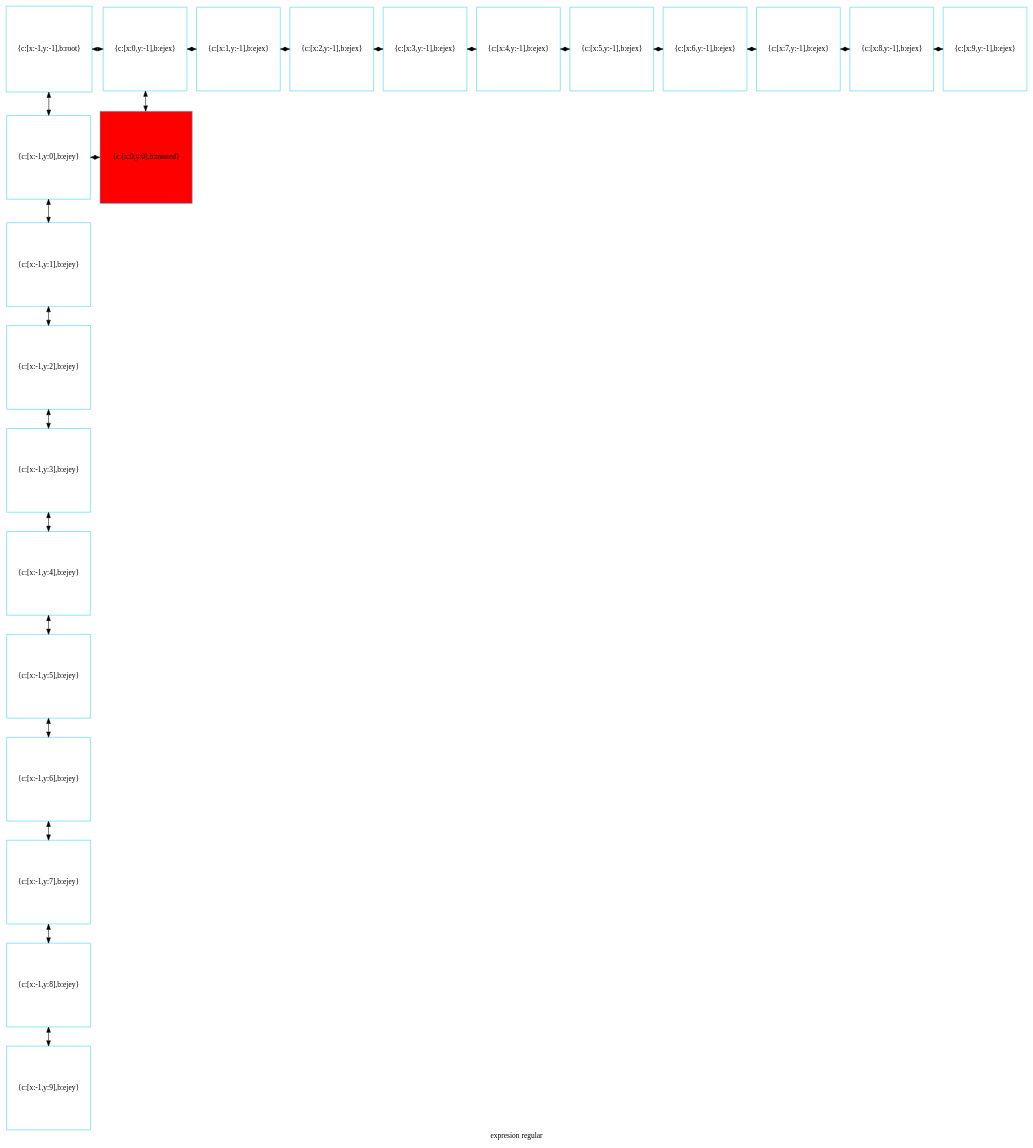
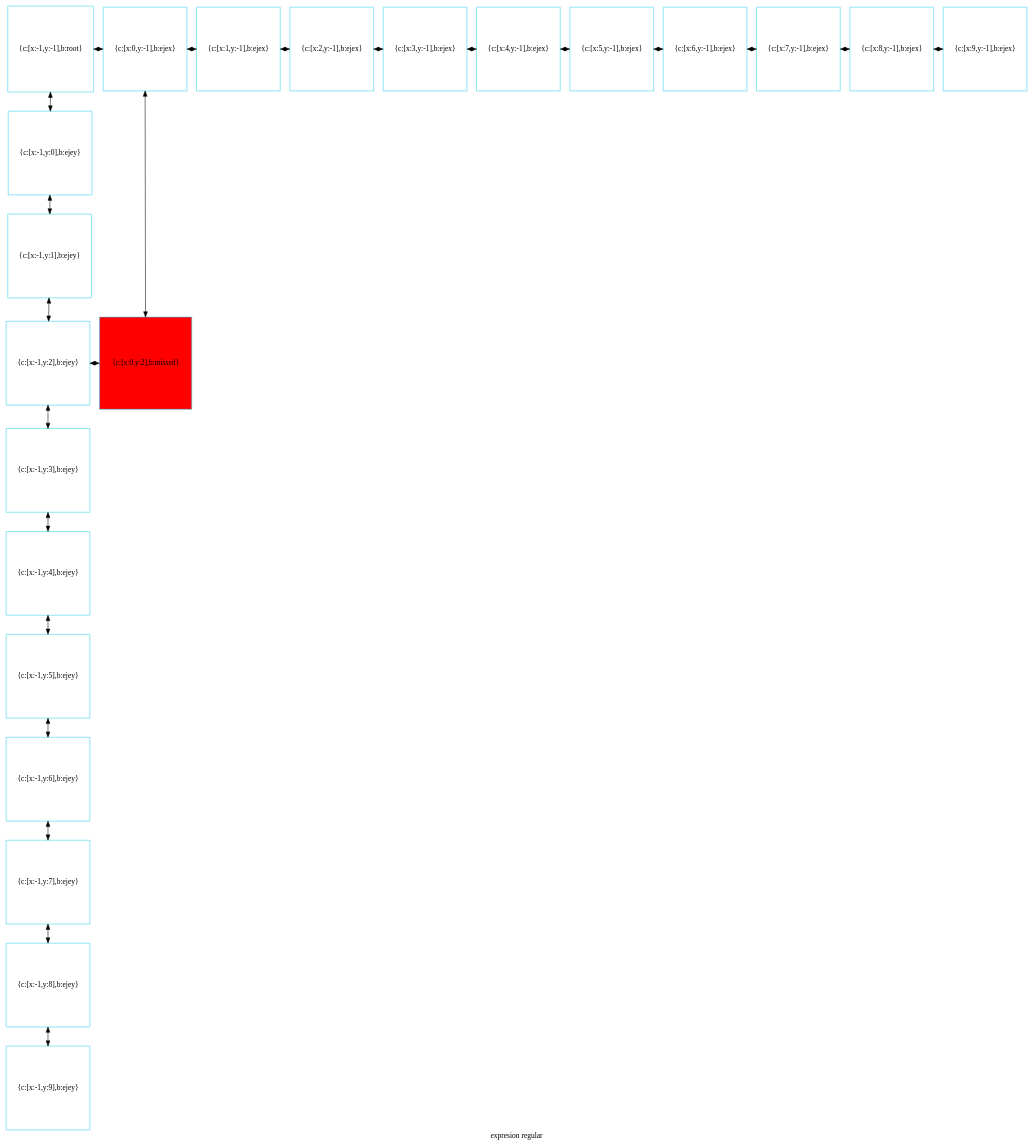
One commit to betebetoven/EDDS2F2 changed the diagram in disp_jug.dot. Above: the diagram before and after it, drawn with Graphviz. The commit also changed 14 other files, not shown here.

```diff
--- a/disp_jug.dot
+++ b/disp_jug.dot
@@ -1,64 +1,64 @@
 digraph G
 {label="expresion regular"
         node[shape = square]
         node[style = filled]
         node[fillcolor = "#EEEEE"]
         node[color = "#EEEEE"]
         node[color = "#31CEF0"]
 
-2027290013376[label="{c:[x:-1,y:-1],b:root}",fillcolor = "white"]
-2027290013856[label="{c:[x:0,y:-1],b:ejex}",fillcolor = "white"]
-2027290014000[label="{c:[x:1,y:-1],b:ejex}",fillcolor = "white"]
-2027290014144[label="{c:[x:2,y:-1],b:ejex}",fillcolor = "white"]
-2027290014288[label="{c:[x:3,y:-1],b:ejex}",fillcolor = "white"]
-2027290014432[label="{c:[x:4,y:-1],b:ejex}",fillcolor = "white"]
-2027290014576[label="{c:[x:5,y:-1],b:ejex}",fillcolor = "white"]
-2027290014720[label="{c:[x:6,y:-1],b:ejex}",fillcolor = "white"]
-2027290014864[label="{c:[x:7,y:-1],b:ejex}",fillcolor = "white"]
-2027290015008[label="{c:[x:8,y:-1],b:ejex}",fillcolor = "white"]
-2027290015152[label="{c:[x:9,y:-1],b:ejex}",fillcolor = "white"]
-2027290015296[label="{c:[x:-1,y:0],b:ejey}",fillcolor = "white"]
-2027290121392[label="{c:[x:0,y:0],b:missed}",fillcolor = "red"]
-2027290015440[label="{c:[x:-1,y:1],b:ejey}",fillcolor = "white"]
-2027290015584[label="{c:[x:-1,y:2],b:ejey}",fillcolor = "white"]
-2027290015728[label="{c:[x:-1,y:3],b:ejey}",fillcolor = "white"]
-2027290015872[label="{c:[x:-1,y:4],b:ejey}",fillcolor = "white"]
-2027290016016[label="{c:[x:-1,y:5],b:ejey}",fillcolor = "white"]
-2027290016160[label="{c:[x:-1,y:6],b:ejey}",fillcolor = "white"]
-2027290016304[label="{c:[x:-1,y:7],b:ejey}",fillcolor = "white"]
-2027290016448[label="{c:[x:-1,y:8],b:ejey}",fillcolor = "white"]
-2027290016592[label="{c:[x:-1,y:9],b:ejey}",fillcolor = "white"]
-2027290013376->2027290015296[dir = both];
-2027290015296->2027290015440[dir = both];
-2027290015440->2027290015584[dir = both];
-2027290015584->2027290015728[dir = both];
-2027290015728->2027290015872[dir = both];
-2027290015872->2027290016016[dir = both];
-2027290016016->2027290016160[dir = both];
-2027290016160->2027290016304[dir = both];
-2027290016304->2027290016448[dir = both];
-2027290016448->2027290016592[dir = both];
-2027290013856->2027290121392[dir = both];
-2027290013376->2027290013856[dir = both];
-2027290013856->2027290014000[dir = both];
-2027290014000->2027290014144[dir = both];
-2027290014144->2027290014288[dir = both];
-2027290014288->2027290014432[dir = both];
-2027290014432->2027290014576[dir = both];
-2027290014576->2027290014720[dir = both];
-2027290014720->2027290014864[dir = both];
-2027290014864->2027290015008[dir = both];
-2027290015008->2027290015152[dir = both];
-2027290015296->2027290121392[constraint=false,dir = both];
- {rank=same; 2027290013376;2027290013856;2027290014000;2027290014144;2027290014288;2027290014432;2027290014576;2027290014720;2027290014864;2027290015008;2027290015152;}
- {rank=same; 2027290015296;2027290121392;}
- {rank=same; 2027290015440;}
- {rank=same; 2027290015584;}
- {rank=same; 2027290015728;}
- {rank=same; 2027290015872;}
- {rank=same; 2027290016016;}
- {rank=same; 2027290016160;}
- {rank=same; 2027290016304;}
- {rank=same; 2027290016448;}
- {rank=same; 2027290016592;}
+2386161840720[label="{c:[x:-1,y:-1],b:root}",fillcolor = "white"]
+2386161840864[label="{c:[x:0,y:-1],b:ejex}",fillcolor = "white"]
+2386161841008[label="{c:[x:1,y:-1],b:ejex}",fillcolor = "white"]
+2386161841152[label="{c:[x:2,y:-1],b:ejex}",fillcolor = "white"]
+2386161841296[label="{c:[x:3,y:-1],b:ejex}",fillcolor = "white"]
+2386161841440[label="{c:[x:4,y:-1],b:ejex}",fillcolor = "white"]
+2386161841584[label="{c:[x:5,y:-1],b:ejex}",fillcolor = "white"]
+2386161841728[label="{c:[x:6,y:-1],b:ejex}",fillcolor = "white"]
+2386161841872[label="{c:[x:7,y:-1],b:ejex}",fillcolor = "white"]
+2386161842016[label="{c:[x:8,y:-1],b:ejex}",fillcolor = "white"]
+2386161842160[label="{c:[x:9,y:-1],b:ejex}",fillcolor = "white"]
+2386161842304[label="{c:[x:-1,y:0],b:ejey}",fillcolor = "white"]
+2386161842448[label="{c:[x:-1,y:1],b:ejey}",fillcolor = "white"]
+2386161842592[label="{c:[x:-1,y:2],b:ejey}",fillcolor = "white"]
+2386161915824[label="{c:[x:0,y:2],b:missed}",fillcolor = "red"]
+2386161842736[label="{c:[x:-1,y:3],b:ejey}",fillcolor = "white"]
+2386161842880[label="{c:[x:-1,y:4],b:ejey}",fillcolor = "white"]
+2386161843024[label="{c:[x:-1,y:5],b:ejey}",fillcolor = "white"]
+2386161843168[label="{c:[x:-1,y:6],b:ejey}",fillcolor = "white"]
+2386161843312[label="{c:[x:-1,y:7],b:ejey}",fillcolor = "white"]
+2386161843456[label="{c:[x:-1,y:8],b:ejey}",fillcolor = "white"]
+2386161843600[label="{c:[x:-1,y:9],b:ejey}",fillcolor = "white"]
+2386161840720->2386161842304[dir = both];
+2386161842304->2386161842448[dir = both];
+2386161842448->2386161842592[dir = both];
+2386161842592->2386161842736[dir = both];
+2386161842736->2386161842880[dir = both];
+2386161842880->2386161843024[dir = both];
+2386161843024->2386161843168[dir = both];
+2386161843168->2386161843312[dir = both];
+2386161843312->2386161843456[dir = both];
+2386161843456->2386161843600[dir = both];
+2386161840864->2386161915824[dir = both];
+2386161840720->2386161840864[dir = both];
+2386161840864->2386161841008[dir = both];
+2386161841008->2386161841152[dir = both];
+2386161841152->2386161841296[dir = both];
+2386161841296->2386161841440[dir = both];
+2386161841440->2386161841584[dir = both];
+2386161841584->2386161841728[dir = both];
+2386161841728->2386161841872[dir = both];
+2386161841872->2386161842016[dir = both];
+2386161842016->2386161842160[dir = both];
+2386161842592->2386161915824[constraint=false,dir = both];
+ {rank=same; 2386161840720;2386161840864;2386161841008;2386161841152;2386161841296;2386161841440;2386161841584;2386161841728;2386161841872;2386161842016;2386161842160;}
+ {rank=same; 2386161842304;}
+ {rank=same; 2386161842448;}
+ {rank=same; 2386161842592;2386161915824;}
+ {rank=same; 2386161842736;}
+ {rank=same; 2386161842880;}
+ {rank=same; 2386161843024;}
+ {rank=same; 2386161843168;}
+ {rank=same; 2386161843312;}
+ {rank=same; 2386161843456;}
+ {rank=same; 2386161843600;}
 }
```
